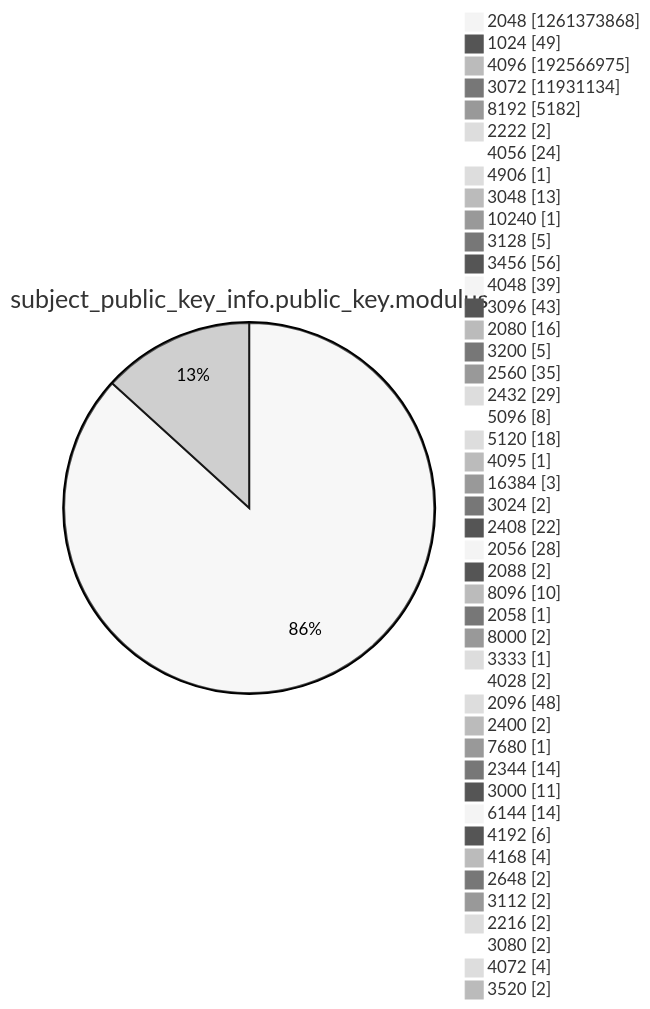
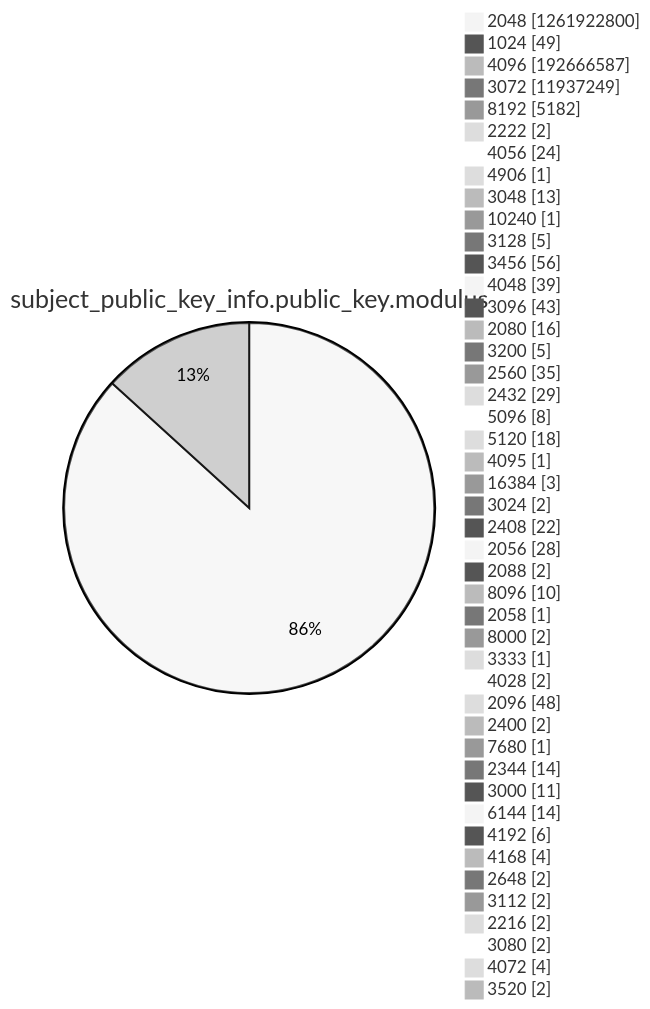
Before and after one commit to christiankrug/ctmonitor_visualization: diagram 13 of 15 in xenon2022/README.md, drawn with Mermaid (neutral theme). The commit also changed other lines of this file, not shown here.

````diff
--- a/xenon2022/README.md
+++ b/xenon2022/README.md
@@ -3920,49 +3920,49 @@
 ```mermaid
 pie showData
 title subject_public_key_info.public_key.modulus
-"2048" :1261373868
+"2048" :1261922800
 "1024" :49
-"4096" :192566975
-"3072" :11931134
+"4096" :192666587
+"3072" :11937249
 "8192" :5182
 "2222" :2
 "4056" :24
 "4906" :1
 "3048" :13
 "10240" :1
 "3128" :5
 "3456" :56
 "4048" :39
 "3096" :43
 "2080" :16
 "3200" :5
 "2560" :35
 "2432" :29
 "5096" :8
 "5120" :18
 "4095" :1
 "16384" :3
 "3024" :2
 "2408" :22
 "2056" :28
 "2088" :2
 "8096" :10
 "2058" :1
 "8000" :2
 "3333" :1
 "4028" :2
 "2096" :48
 "2400" :2
 "7680" :1
 "2344" :14
 "3000" :11
 "6144" :14
 "4192" :6
 "4168" :4
 "2648" :2
 "3112" :2
 "2216" :2
 "3080" :2
 "4072" :4
 "3520" :2
 ```
````
